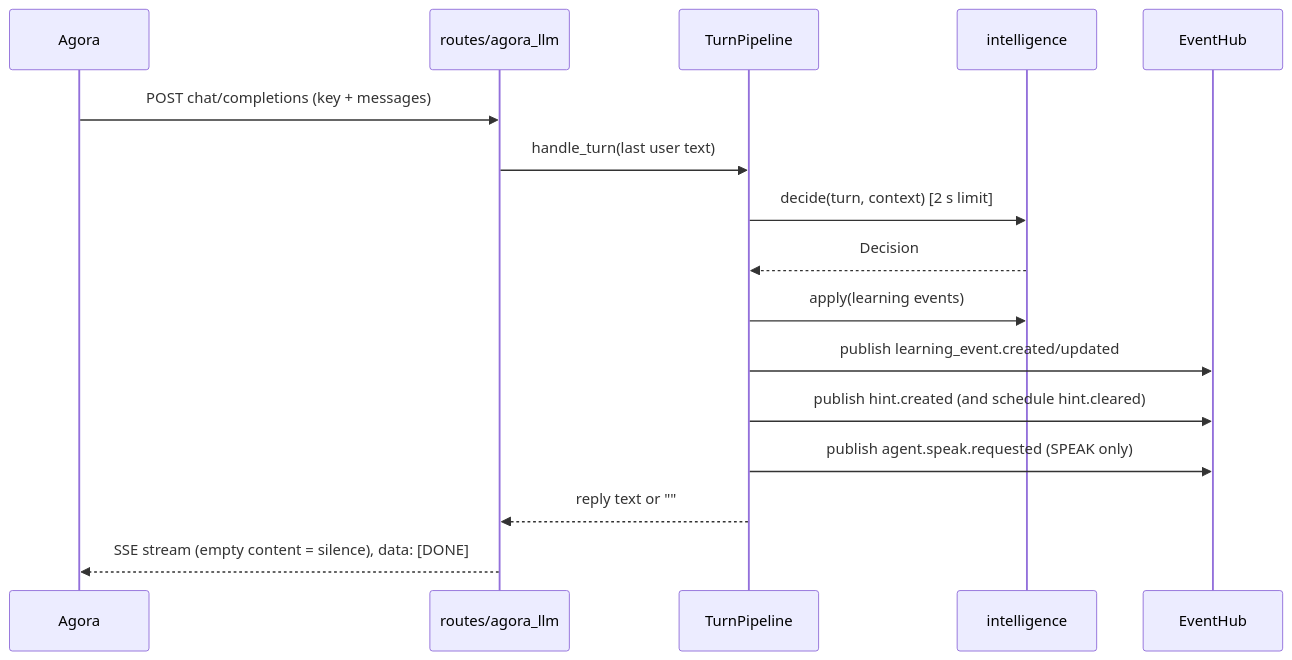
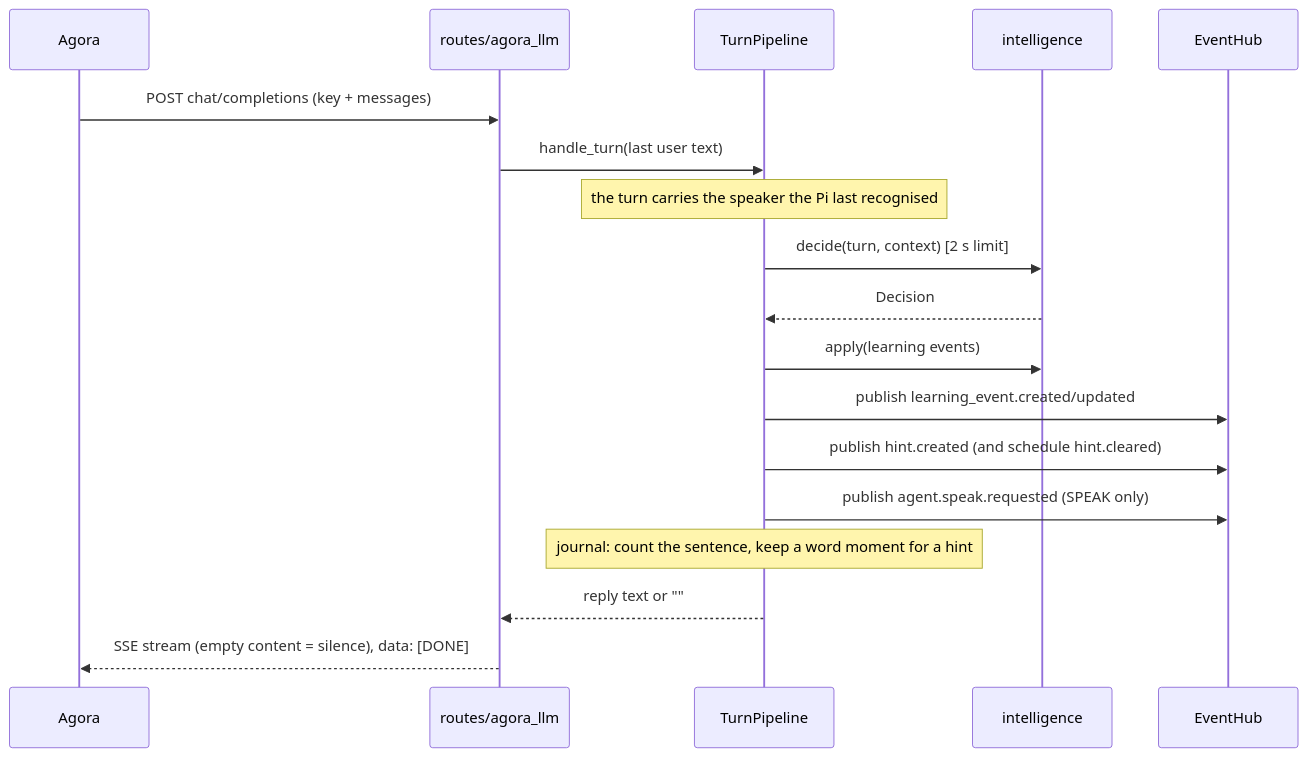
The diagram in docs/ARCHITECTURE.md (luisfelipeluis49/mochi), drawn with Mermaid before and after one commit. The commit also changed other lines of this file and 209 other files, not shown here.

````diff
--- a/docs/ARCHITECTURE.md
+++ b/docs/ARCHITECTURE.md
@@ -41,18 +50,20 @@
 ```mermaid
 sequenceDiagram
   participant A as Agora
   participant R as routes/agora_llm
   participant P as TurnPipeline
   participant I as intelligence
   participant H as EventHub
   A->>R: POST chat/completions (key + messages)
   R->>P: handle_turn(last user text)
+  Note over P: the turn carries the speaker the Pi last recognised
   P->>I: decide(turn, context)  [2 s limit]
   I-->>P: Decision
   P->>I: apply(learning events)
   P->>H: publish learning_event.created/updated
   P->>H: publish hint.created (and schedule hint.cleared)
   P->>H: publish agent.speak.requested (SPEAK only)
+  Note over P: journal: count the sentence, keep a word moment for a hint
   P-->>R: reply text or ""
   R-->>A: SSE stream (empty content = silence), data: [DONE]
 ```
````
